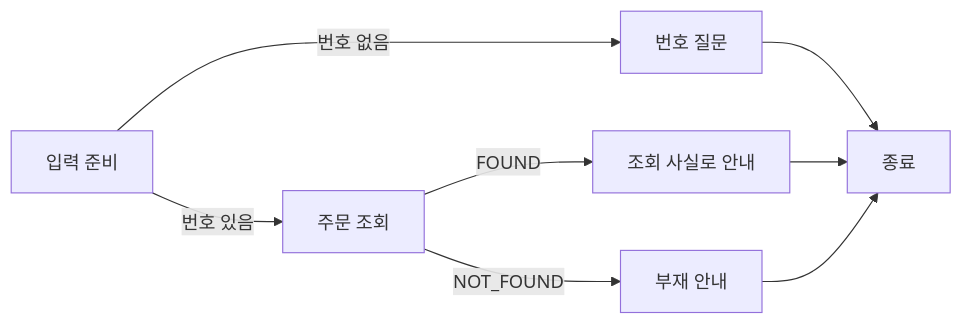
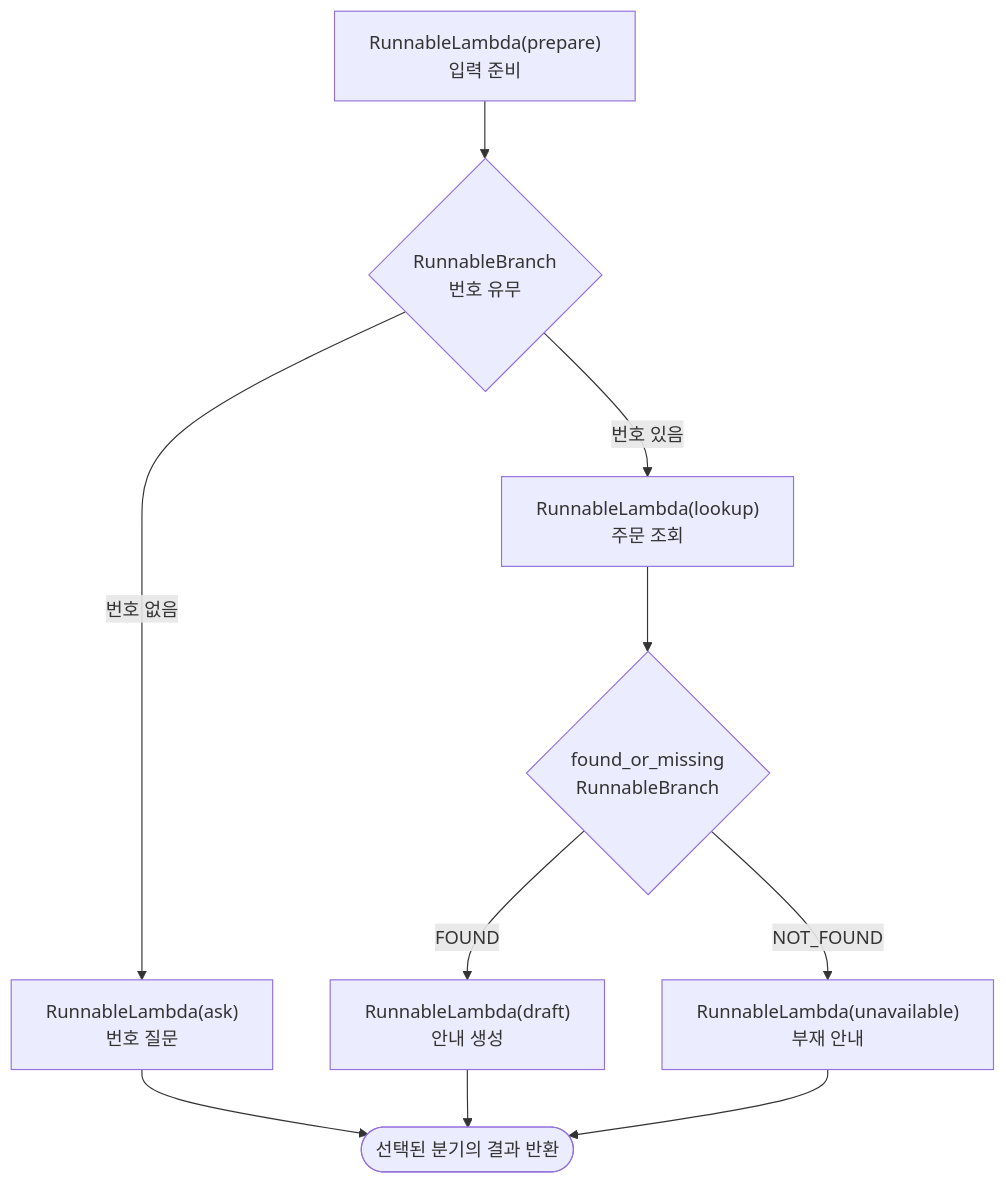
Before and after one commit to MCshin00/ai-ax-learning-lab: the first of 2 diagrams in week07-langchain-langgraph/README.md, drawn with Mermaid. The commit also changed other lines of this file and 2 other files, not shown here.

````diff
--- a/week07-langchain-langgraph/README.md
+++ b/week07-langchain-langgraph/README.md
@@ -62,10 +36,12 @@
 ```mermaid
-flowchart LR
-    P[입력 준비] -->|번호 없음| A[번호 질문]
-    P -->|번호 있음| L[주문 조회]
-    L -->|FOUND| D[조회 사실로 안내]
-    L -->|NOT_FOUND| U[부재 안내]
-    A --> E[종료]
-    D --> E
-    U --> E
+flowchart TD
+    CP["RunnableLambda(prepare)<br/>입력 준비"] --> CB{"RunnableBranch<br/>번호 유무"}
+    CB -->|번호 없음| CA["RunnableLambda(ask)<br/>번호 질문"]
+    CB -->|번호 있음| CL["RunnableLambda(lookup)<br/>주문 조회"]
+    CL --> CF{"found_or_missing<br/>RunnableBranch"}
+    CF -->|FOUND| CD["RunnableLambda(draft)<br/>안내 생성"]
+    CF -->|NOT_FOUND| CU["RunnableLambda(unavailable)<br/>부재 안내"]
+    CA --> CR(["선택된 분기의 결과 반환"])
+    CD --> CR
+    CU --> CR
 ```
````
